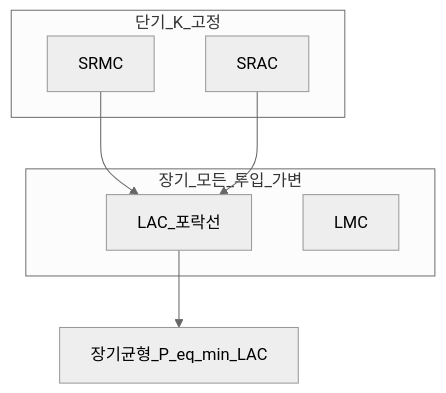
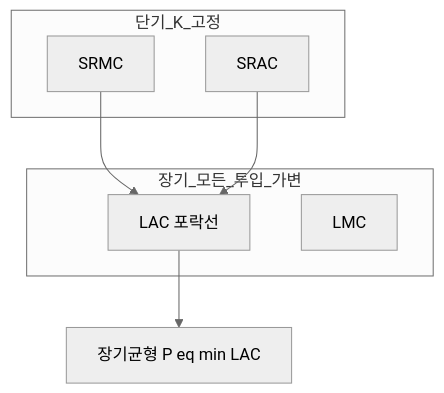
One commit to goldanghenry/Finances changed the second of 5 diagrams in 02-economics/micro-02-production-cost-supply.md. Above: the diagram before and after it, drawn with Mermaid (neutral theme). The commit also changed other lines of this file and 211 other files, not shown here.

````diff
--- a/02-economics/micro-02-production-cost-supply.md
+++ b/02-economics/micro-02-production-cost-supply.md
@@ -120,14 +136,14 @@
 ```mermaid
 flowchart TB
   subgraph SR [단기_K_고정]
     SRMC[SRMC]
     SRAC[SRAC]
   end
   subgraph LR [장기_모든_투입_가변]
-    LAC[LAC_포락선]
+    LAC["LAC 포락선"]
     LMC[LMC]
   end
   SRMC --> LAC
   SRAC --> LAC
-  LAC --> EQ[장기균형_P_eq_min_LAC]
+  LAC --> EQ["장기균형 P eq min LAC"]
 ```
````
